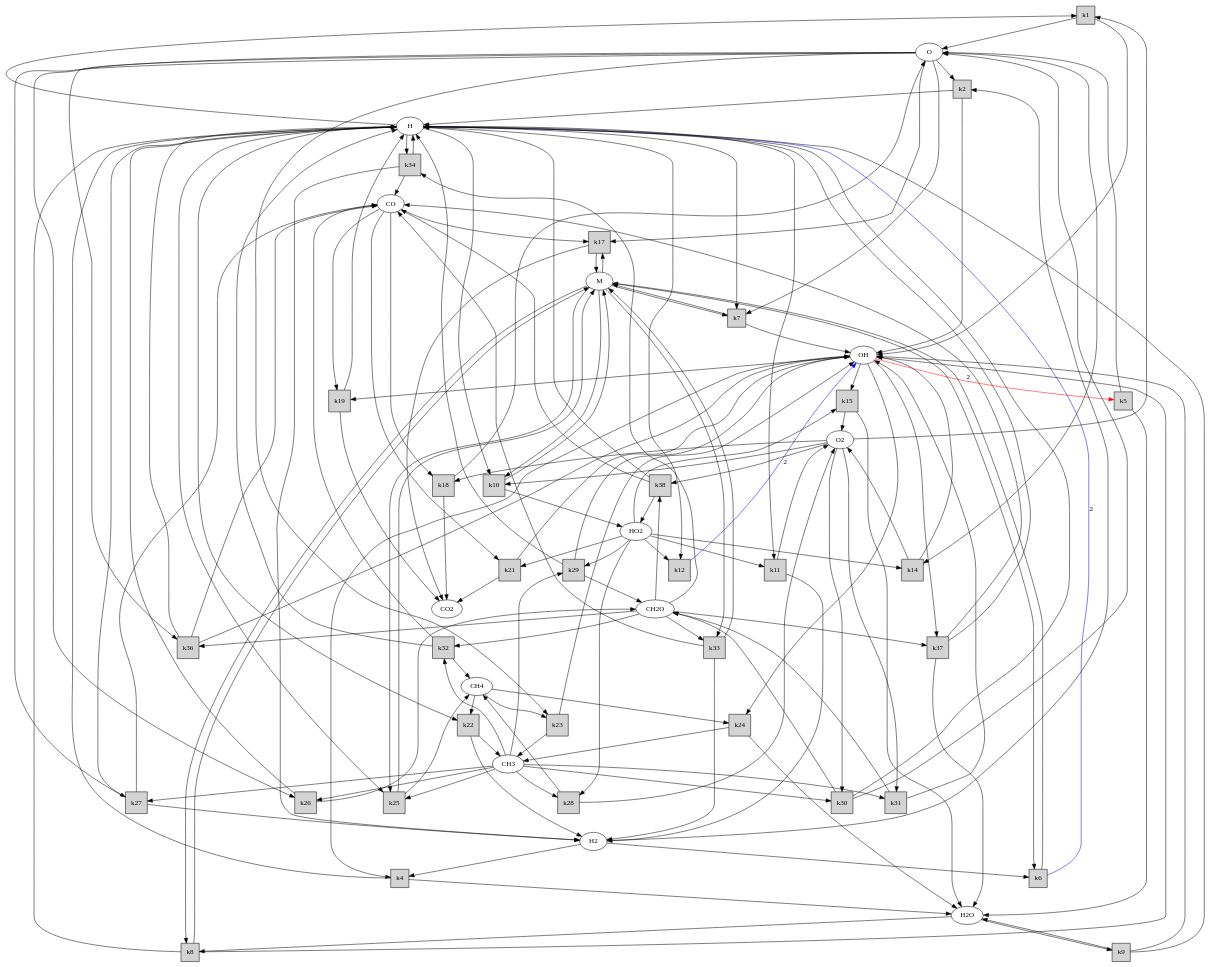
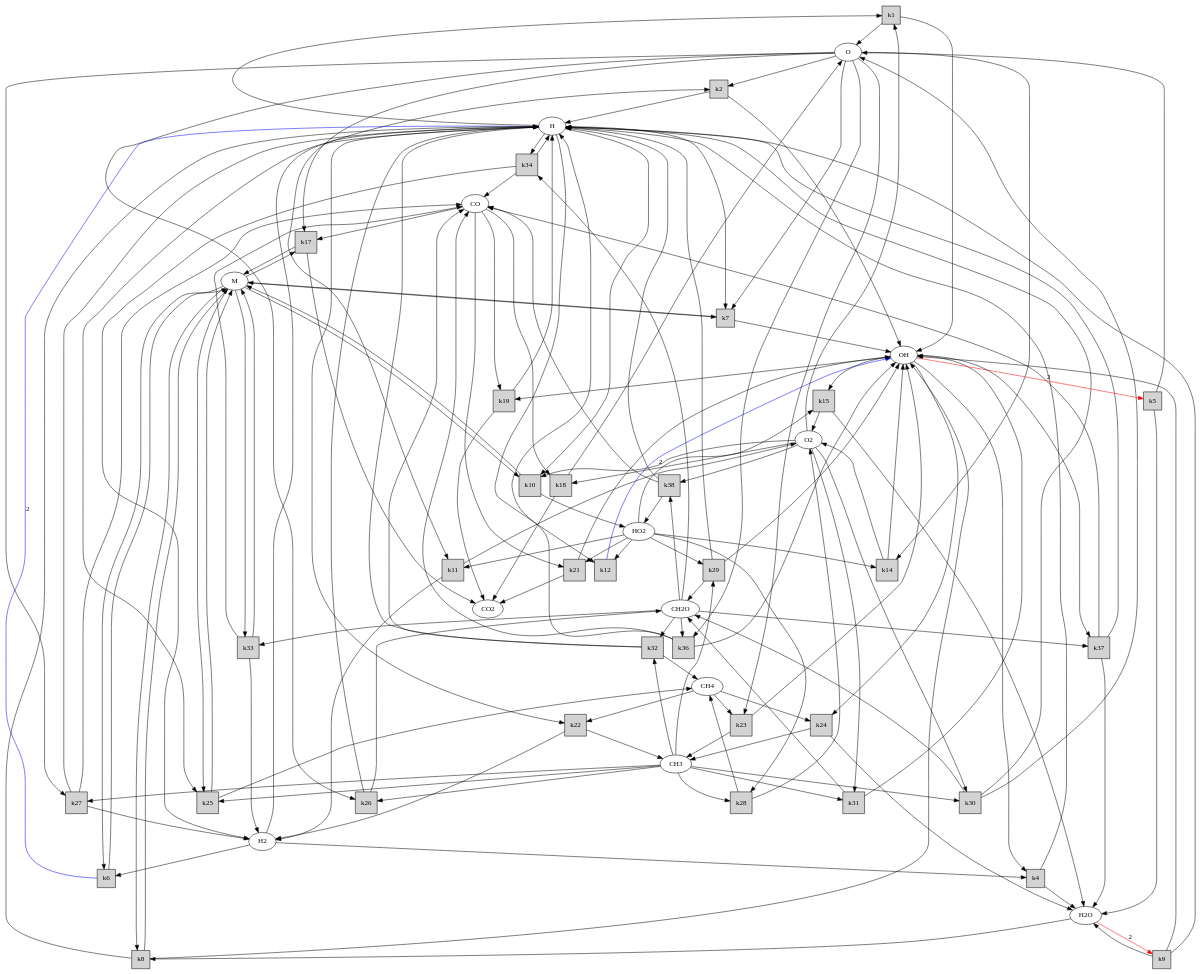
Before and after one commit to Boyuan-Yu-01/Adaptive-chemical-species-in-reacting-flow: the diagram in SVD_QSSA/graph/graphviz/test.gv, drawn with Graphviz. The commit also changed 4 other files, not shown here.

```diff
--- a/SVD_QSSA/graph/graphviz/test.gv
+++ b/SVD_QSSA/graph/graphviz/test.gv
@@ -1,146 +1,146 @@
 digraph G {
 k1[shape=square, style=filled]
 k2[shape=square, style=filled]
 # k3[shape=square, style=dashed]
 k4[shape=square, style=filled]
 k5[shape=square, style=filled]
 k6[shape=square, style=filled]
 k7[shape=square, style=filled]
 k8[shape=square, style=filled]
 k9[shape=square, style=filled]
 k10[shape=square, style=filled]
 k11[shape=square, style=filled]
 k12[shape=square, style=filled]
 # k13[shape=square, style=dashed]
 k14[shape=square, style=filled]
 k15[shape=square, style=filled]
 # k16[shape=square, style=dashed]
 k17[shape=square, style=filled]
 k18[shape=square, style=filled]
 k19[shape=square, style=filled]
 # k20[shape=square, style=dashed]
 k21[shape=square, style=filled]
 k22[shape=square, style=filled]
 k23[shape=square, style=filled]
 k24[shape=square, style=filled]
 k25[shape=square, style=filled]
 k26[shape=square, style=filled]
 k27[shape=square, style=filled]
 k28[shape=square, style=filled]
 k29[shape=square, style=filled]
 k30[shape=square, style=filled]
 k31[shape=square, style=filled]
 k32[shape=square, style=filled]
 k33[shape=square, style=filled]
 k34[shape=square, style=filled]
 # k35[shape=square, style=dashed]
 k36[shape=square, style=filled]
 k37[shape=square, style=filled]
 k38[shape=square, style=filled]
 
 {H,O2}->k1			# reaction 1
 k1->{O,OH}		# reaction 1
 
 {H2,O}->k2			# reaction 2
 k2->{H,OH}		# reaction 2
 
 
 {H2,OH}->k4			# reaction 4
 k4->{H,H2O}		# reaction 4
 
 OH->k5[label=2][color="red"]	#reaction 5
 k5->{H2O,O}		# reaction 5
 
 {H2,M}->k6			# reaction 6
 k6->{M}		# reaction 6
 k6->H[label=2][color="blue"]	#reaction 6
 
 {H,O,M}->k7			# reaction 7
 k7->{OH,M}		# reaction 7
 
 {H2O,M}->k8			# reaction 8
 k8->{H,OH,M}		# reaction 8
 
-{H2O,H2O}->k9			# reaction 9
+H2O->k9[label=2][color="red"]	#reaction 9
 k9->{H,OH,H2O}		# reaction 9
 
 {H,O2,M}->k10			# reaction 10
 k10->{HO2,M}		# reaction 10
 
 {H,HO2}->k11			# reaction 11
 k11->{H2,O2}		# reaction 11
 
 {H,HO2}->k12			# reaction 12
 k12->OH[label=2][color="blue"]	#reaction 12
 
 
 {HO2,O}->k14			# reaction 14
 k14->{O2,OH}		# reaction 14
 
 {HO2,OH}->k15			# reaction 15
 k15->{H2O,O2}		# reaction 15
 
 
 {CO,O,M}->k17			# reaction 17
 k17->{CO2,M}		# reaction 17
 
 {CO,O2}->k18			# reaction 18
 k18->{CO2,O}		# reaction 18
 
 {CO,OH}->k19			# reaction 19
 k19->{CO2,H}		# reaction 19
 
 
 {CO,HO2}->k21			# reaction 21
 k21->{CO2,OH}		# reaction 21
 
 {CH4,H}->k22			# reaction 22
 k22->{CH3,H2}		# reaction 22
 
 {CH4,O}->k23			# reaction 23
 k23->{CH3,OH}		# reaction 23
 
 {CH4,OH}->k24			# reaction 24
 k24->{CH3,H2O}		# reaction 24
 
 {CH3,H,M}->k25			# reaction 25
 k25->{CH4,M}		# reaction 25
 
 {CH3,O}->k26			# reaction 26
 k26->{CH2O,H}		# reaction 26
 
 {CH3,O}->k27			# reaction 27
 k27->{CO,H,H2}		# reaction 27
 
 {CH3,HO2}->k28			# reaction 28
 k28->{CH4,O2}		# reaction 28
 
 {CH3,HO2}->k29			# reaction 29
 k29->{CH2O,H,OH}		# reaction 29
 
 {CH3,O2}->k30			# reaction 30
 k30->{CH2O,H,O}		# reaction 30
 
 {CH3,O2}->k31			# reaction 31
 k31->{CH2O,OH}		# reaction 31
 
 {CH2O,CH3}->k32			# reaction 32
 k32->{CH4,CO,H}		# reaction 32
 
 {CH2O,M}->k33			# reaction 33
 k33->{CO,H2,M}		# reaction 33
 
 {CH2O,H}->k34			# reaction 34
 k34->{CO,H2,H}		# reaction 34
 
 
 {CH2O,O}->k36			# reaction 36
 k36->{CO,H,OH}		# reaction 36
 
 {CH2O,OH}->k37			# reaction 37
 k37->{CO,H,H2O}		# reaction 37
 
 {CH2O,O2}->k38			# reaction 38
 k38->{CO,H,HO2}		# reaction 38
 
 }
```
